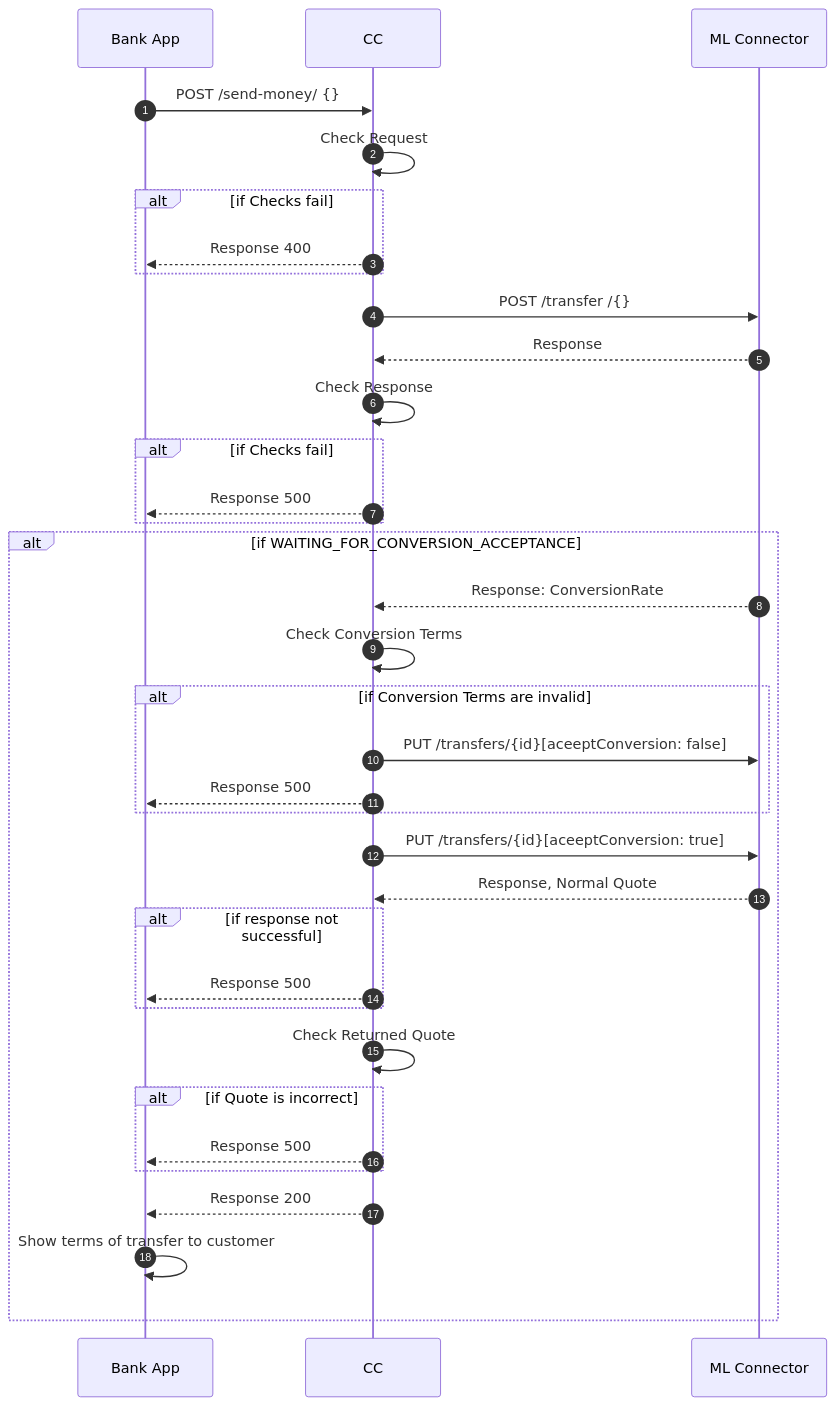
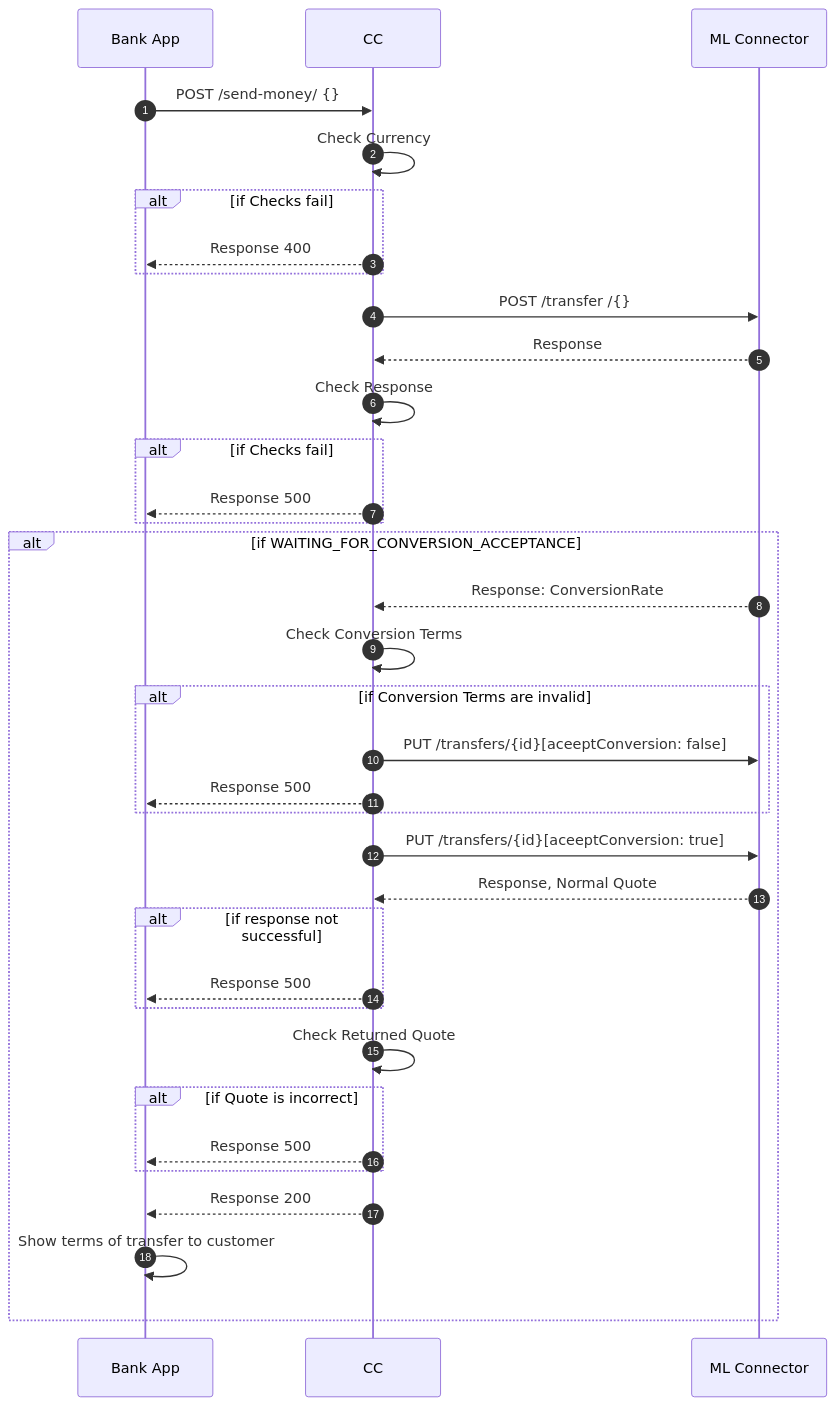
Before and after one commit to mojaloop/ml-reference-connectors: the diagram in zicb-core-connector/docs/payer-send-money.md, drawn with Mermaid.

````diff
--- a/zicb-core-connector/docs/payer-send-money.md
+++ b/zicb-core-connector/docs/payer-send-money.md
@@ -1,35 +1,35 @@
 ```mermaid
 sequenceDiagram
   autoNumber
   Bank App ->> CC: POST /send-money/ {}
-  CC->>CC: Check Request
+  CC->>CC: Check Currency
   Alt if Checks fail
   CC-->>Bank App: Response 400
   End
   CC->>ML Connector: POST /transfer /{}
   ML Connector-->>CC: Response
   CC->> CC: Check Response
   Alt if Checks fail
   CC-->>Bank App: Response 500
   End
 
   Alt if WAITING_FOR_CONVERSION_ACCEPTANCE
   ML Connector-->>CC: Response: ConversionRate
   CC->>CC: Check Conversion Terms
   Alt if Conversion Terms are invalid
   CC->>ML Connector: PUT /transfers/{id}[aceeptConversion: false]
   CC-->> Bank App: Response 500
   End
   CC->>ML Connector: PUT /transfers/{id}[aceeptConversion: true]
   ML Connector-->>CC:Response, Normal Quote
   Alt if response not successful
   CC-->>Bank App: Response 500
   End
   CC->>CC: Check Returned Quote
   Alt if Quote is incorrect
   CC-->>Bank App: Response 500
   End
   CC-->>Bank App: Response 200
   Bank App->>Bank App:Show terms of transfer to customer
   End
 ```
````
